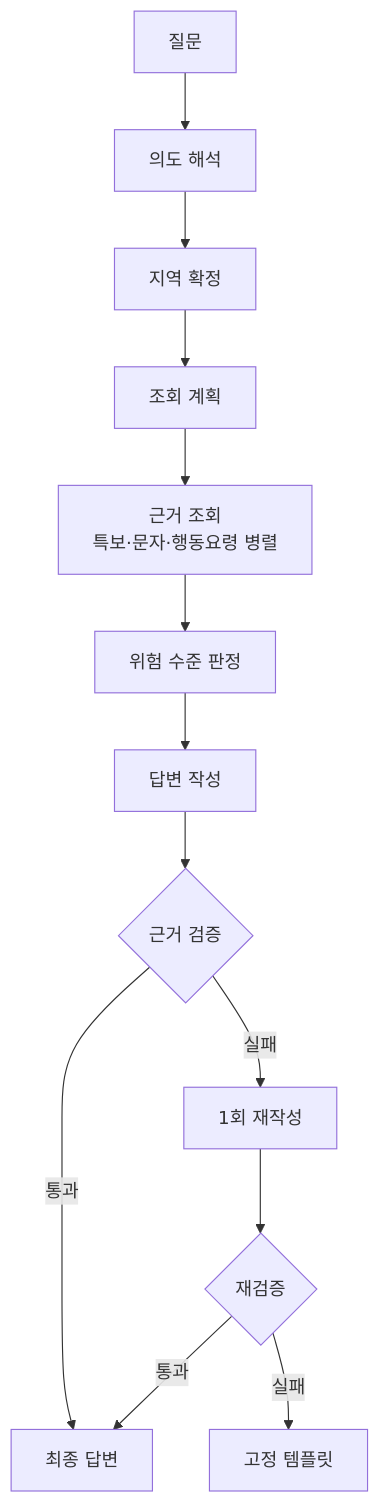
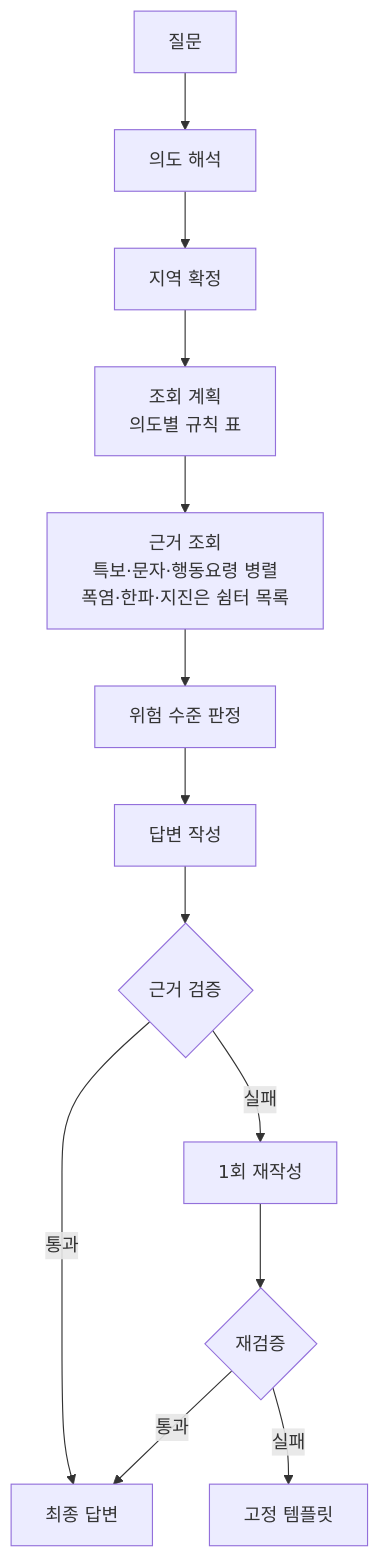
The second of 2 diagrams in README.md (DDARK00/disaster-alert-agent), drawn with Mermaid before and after one commit. The commit also changed other lines of this file, not shown here.

````diff
--- a/README.md
+++ b/README.md
@@ -28,14 +28,14 @@
 ```mermaid
 flowchart TD
     Q[질문] --> I[의도 해석]
     I --> R[지역 확정]
-    R --> P[조회 계획]
-    P --> E[근거 조회<br/>특보·문자·행동요령 병렬]
+    R --> P[조회 계획<br/>의도별 규칙 표]
+    P --> E[근거 조회<br/>특보·문자·행동요령 병렬<br/>폭염·한파·지진은 쉼터 목록]
     E --> J[위험 수준 판정]
     J --> W[답변 작성]
     W --> V{근거 검증}
     V -->|통과| O[최종 답변]
     V -->|실패| W2[1회 재작성] --> V2{재검증}
     V2 -->|통과| O
     V2 -->|실패| T[고정 템플릿]
 ```
````
